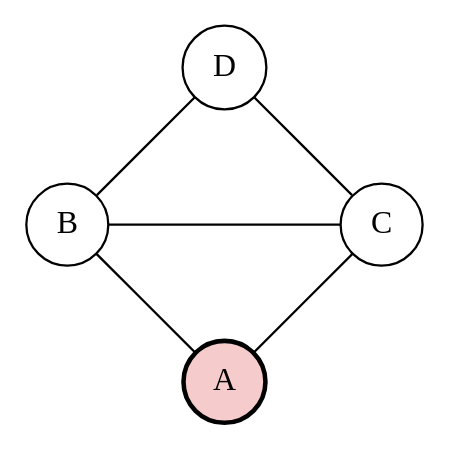
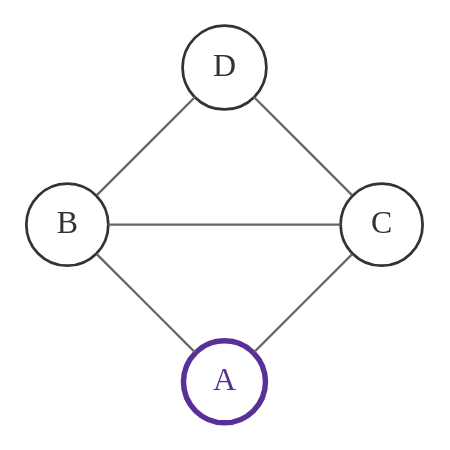
Before and after one commit to skojaku/adv-net-sci: the first of 3 diagrams in lecture-note/m02-small-world/01-concepts.qmd, drawn with Graphviz. The commit also changed other lines of this file and 67 other files, not shown here.

````diff
--- a/lecture-note/m02-small-world/01-concepts.qmd
+++ b/lecture-note/m02-small-world/01-concepts.qmd
@@ -94,19 +120,21 @@
 ```{dot}
 //| fig-width: 3
-//| fig-height: 2.5
-//| fig-cap: "Simple network example for understanding shortest paths"
-//| label: fig-shortest-path
+//| fig-height: 3
+//| fig-cap: "A four-node network. Node A is the one we measure from."
+//| label: fig-distance-example
 //| fig-align: center
 graph G {
   layout=circo
-  A [shape=circle, fillcolor="#f5cbcc", style="filled,bold", penwidth=2, ];
-  B [shape=circle];
-  C [shape=circle];
-  D [shape=circle];
+  node [shape=circle, color="#333333", fontcolor="#333333", penwidth=1.2];
+  edge [color="#666666"];
+  A [color="#593196", fontcolor="#593196", penwidth=2.4];
+  B;
+  C;
+  D;
   A -- B;
   A -- C;
   B -- C;
   B -- D;
   C -- D;
 }
 ```
````
